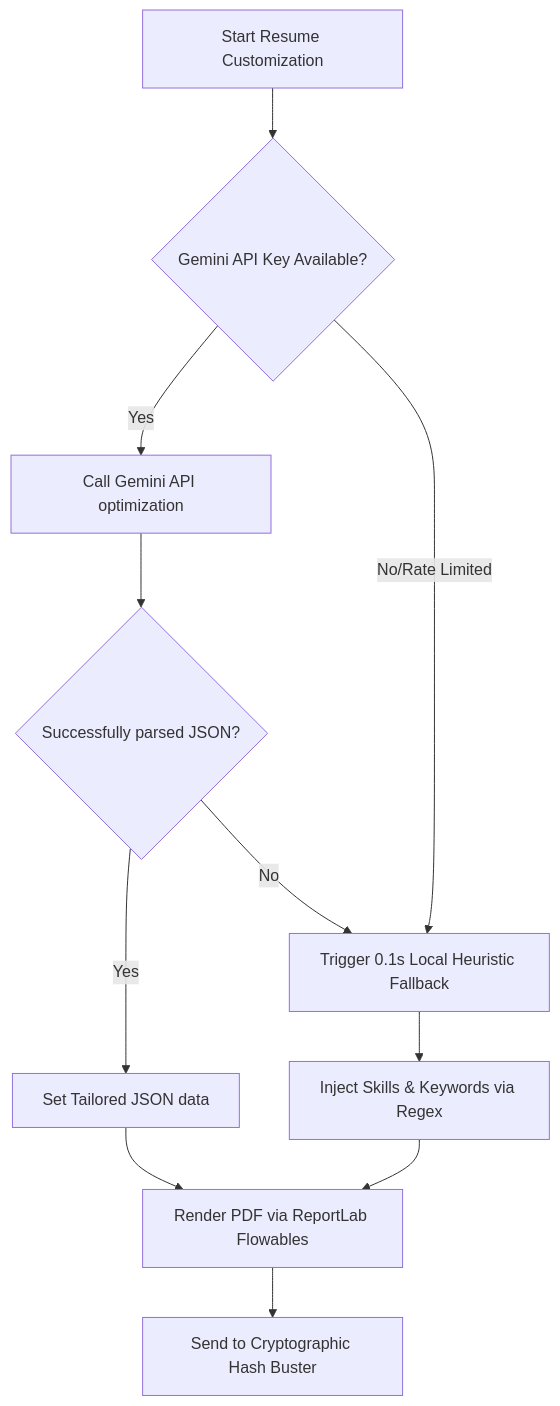
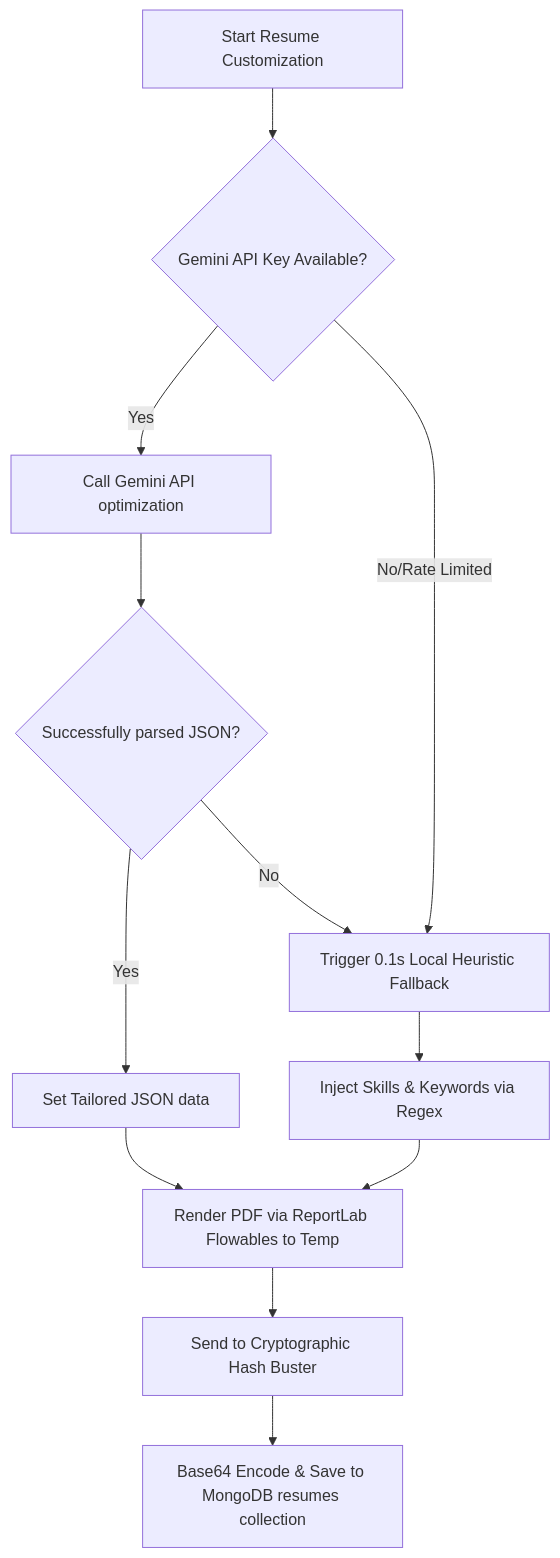
Before and after one commit to nitin048/job_application_system: the third of 7 diagrams in doc/usermanual.md, drawn with Mermaid. The commit also changed other lines of this file and 22 other files, not shown here.

````diff
--- a/doc/usermanual.md
+++ b/doc/usermanual.md
@@ -94,12 +94,13 @@
 ```mermaid
 flowchart TD
     A[Start Resume Customization] --> B{Gemini API Key Available?}
     B -->|Yes| C[Call Gemini API optimization]
     B -->|No/Rate Limited| D[Trigger 0.1s Local Heuristic Fallback]
     D --> E[Inject Skills & Keywords via Regex]
     C --> F{Successfully parsed JSON?}
     F -->|Yes| G[Set Tailored JSON data]
     F -->|No| D
-    G & E --> H[Render PDF via ReportLab Flowables]
+    G & E --> H[Render PDF via ReportLab Flowables to Temp]
     H --> I[Send to Cryptographic Hash Buster]
+    I --> J[Base64 Encode & Save to MongoDB resumes collection]
 ```
````
